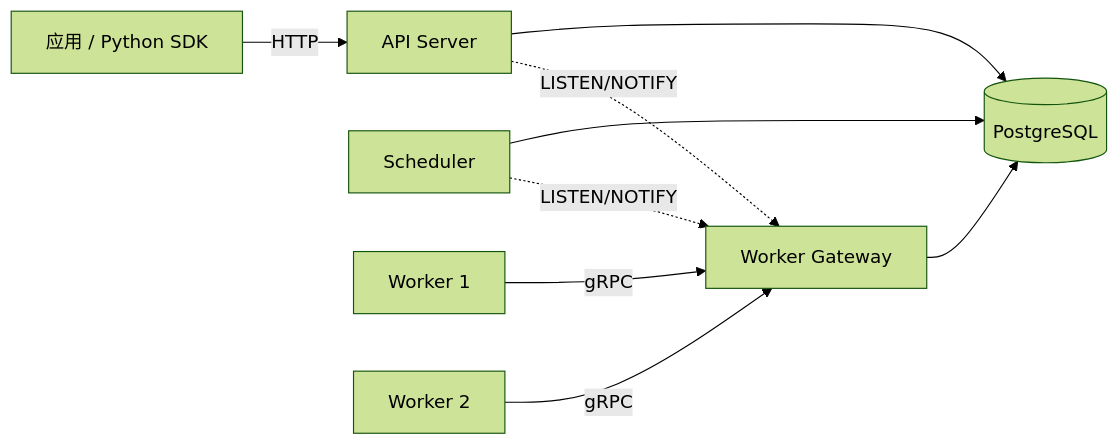
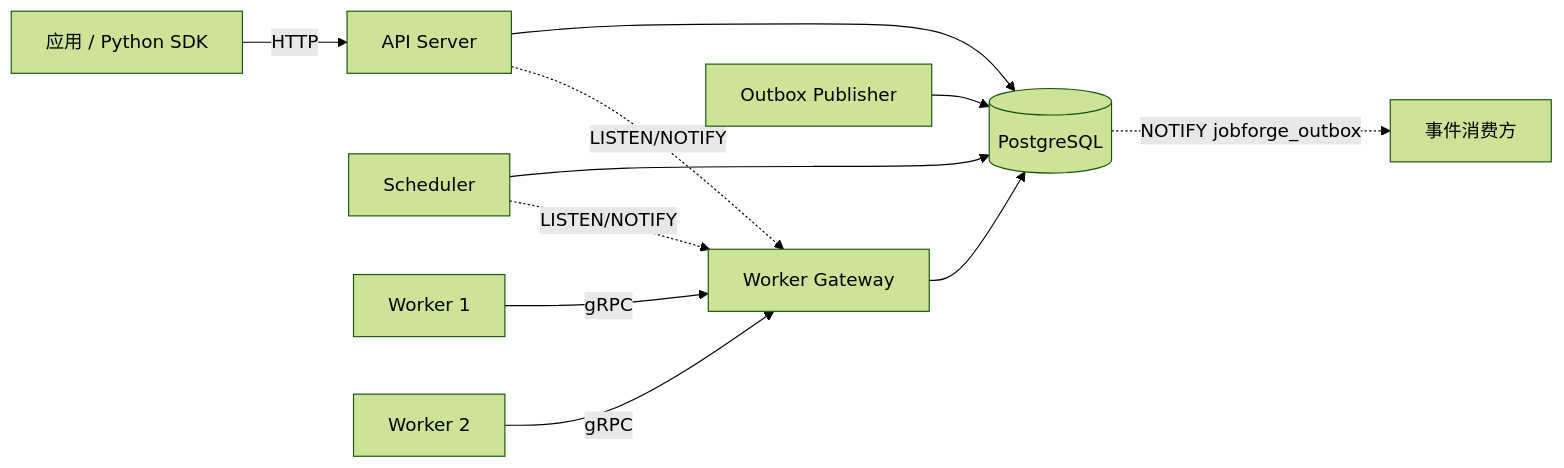
Before and after one commit to XJfyrh/JobForge: the first of 2 diagrams in docs/architecture.md, drawn with Mermaid (forest theme). The commit also changed other lines of this file and 13 other files, not shown here.

First line of the commit message:
feat(outbox): add outbox publisher with at-least-once NOTIFY delivery (#4)

````diff
--- a/docs/architecture.md
+++ b/docs/architecture.md
@@ -7,11 +7,13 @@
 ```mermaid
 flowchart LR
     Client[应用 / Python SDK] -->|HTTP| API[API Server]
     API --> PG[(PostgreSQL)]
     Scheduler[Scheduler] --> PG
     Worker1[Worker 1] -->|gRPC| Gateway[Worker Gateway]
     Worker2[Worker 2] -->|gRPC| Gateway
     Gateway --> PG
     Scheduler -.->|LISTEN/NOTIFY| Gateway
     API -.->|LISTEN/NOTIFY| Gateway
+    Publisher[Outbox Publisher] --> PG
+    PG -.->|NOTIFY jobforge_outbox| Consumers[事件消费方]
 ```
````
